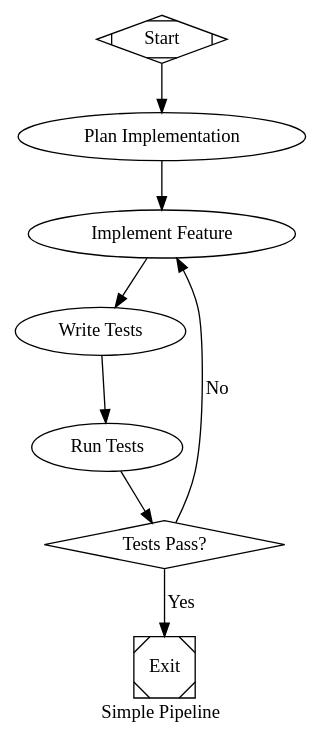
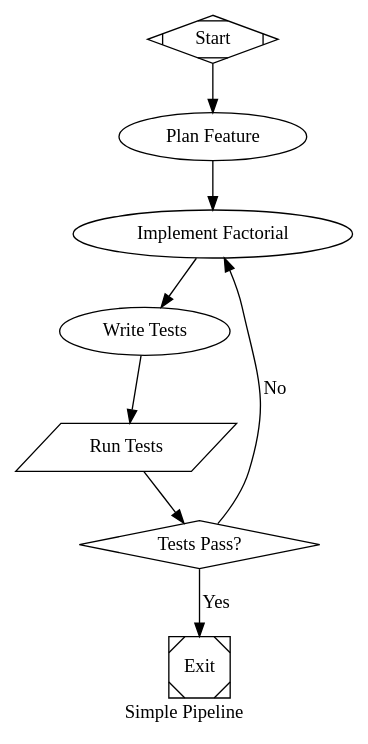
Before and after one commit to rhystic-ai/rhystic.cli: the diagram in examples/simple-pipeline.dot, drawn with Graphviz. The commit also changed 2 other files, not shown here.

```diff
--- a/examples/simple-pipeline.dot
+++ b/examples/simple-pipeline.dot
@@ -1,44 +1,51 @@
 // Simple pipeline example for Attractor
 // Run with: attractor run examples/simple-pipeline.dot
 
 digraph SimplePipeline {
     graph [
         goal="Implement a simple feature with tests"
         label="Simple Pipeline"
     ]
 
     // Entry and exit points
     start [shape=Mdiamond, label="Start"]
     exit  [shape=Msquare, label="Exit"]
 
     // Workflow stages
     plan [
-        label="Plan Implementation",
-        prompt="Analyze the goal and create a plan for implementation. List the files that need to be created or modified."
+        label="Plan Feature",
+        prompt="The goal is: 'Create a factorial calculator function in Go with tests'
+
+Provide a concise plan in 2-3 sentences. Specify:
+1. What file to create (e.g., factorial.go)
+2. What test file to create (e.g., factorial_test.go)
+
+Do NOT write the code yet, just the plan."
     ]
 
     implement [
-        label="Implement Feature",
-        prompt="Implement the feature according to the plan. Create or modify the necessary files."
+        label="Implement Factorial",
+        prompt="Create factorial.go with a Factorial(n int) function that calculates factorial using iteration (not recursion). The function should handle n >= 0, returning 1 for n=0, and return an error for negative numbers. Keep it under 20 lines of code. Use ONLY the write_file tool, no need to read or explore first."
     ]
 
     test [
         label="Write Tests",
-        prompt="Write tests for the implemented feature. Ensure good coverage."
+        prompt="Create factorial_test.go with table-driven tests for Factorial(). Test these cases: 0->1, 1->1, 5->120, 10->3628800, and -1 returns error. Use t.Errorf for failures. Keep it under 30 lines. Use write_file directly."
     ]
 
     validate [
+        shape=parallelogram,
         label="Run Tests",
-        prompt="Run the test suite and verify all tests pass. Fix any failures."
+        tool_command="go test -v factorial.go factorial_test.go"
     ]
 
     gate [
         shape=diamond,
         label="Tests Pass?"
     ]
 
     // Flow
     start -> plan -> implement -> test -> validate -> gate
     gate -> exit      [label="Yes", condition="outcome=success", weight="10"]
     gate -> implement [label="No",  condition="outcome!=success"]
 }
```
